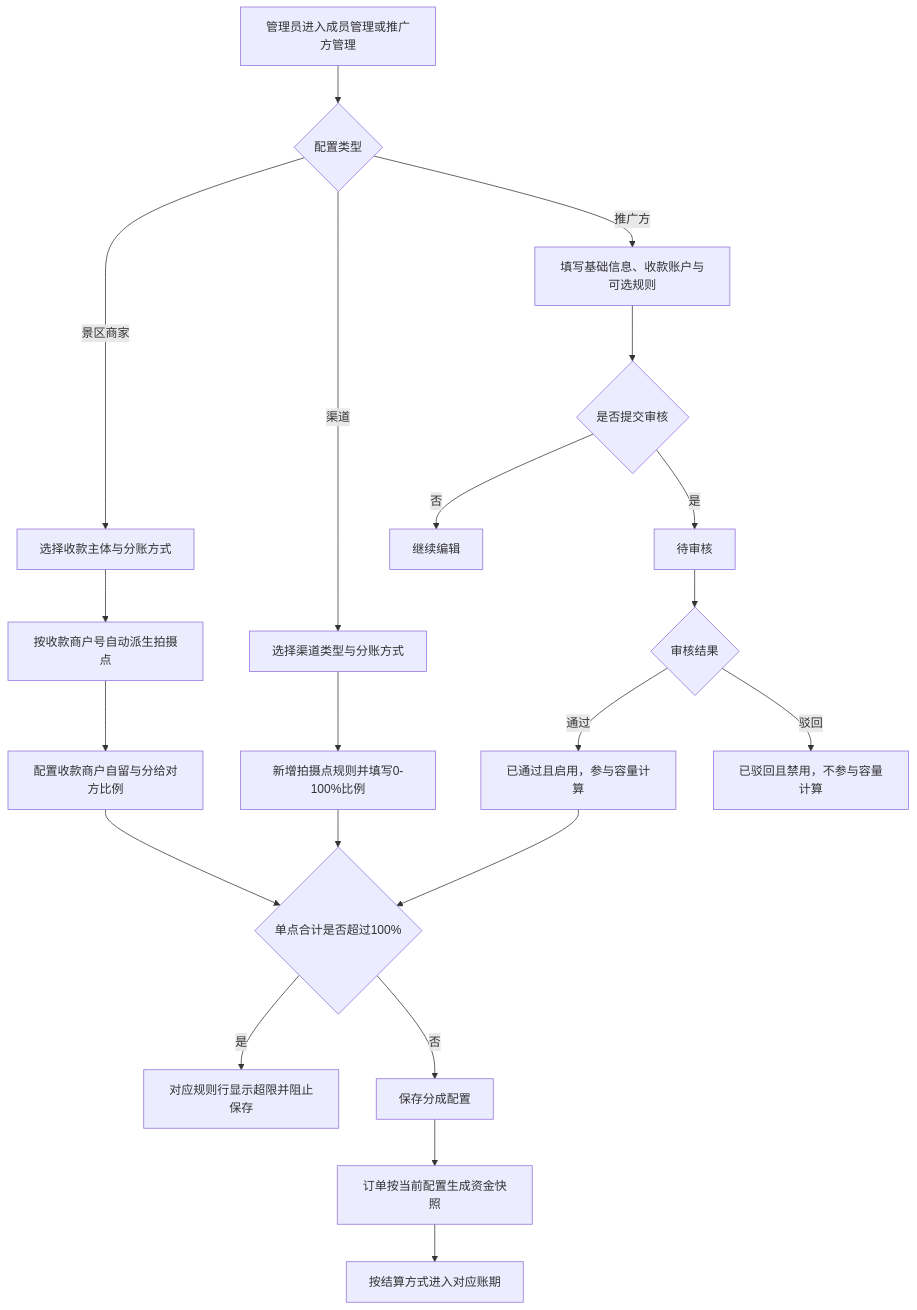
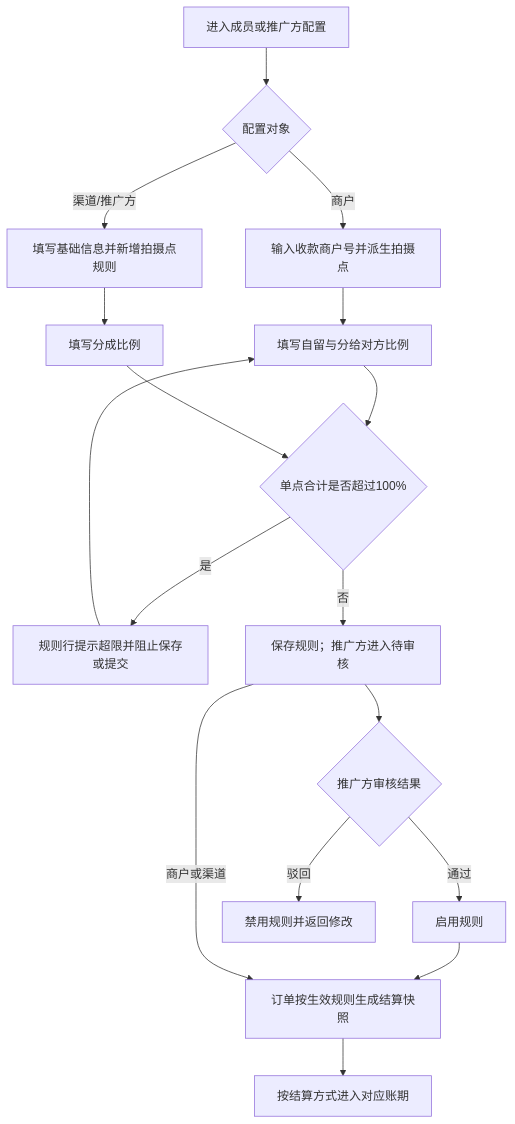
Before and after one commit to awu520119/xiaomifeng-admin: the first of 2 diagrams in docs/premium-settlement/溢价配置与结算中心-PRD-20260910.md, drawn with Mermaid. The commit also changed other lines of this file and 2 other files, not shown here.

````diff
--- a/docs/premium-settlement/溢价配置与结算中心-PRD-20260910.md
+++ b/docs/premium-settlement/溢价配置与结算中心-PRD-20260910.md
@@ -46,23 +45,19 @@
 ```mermaid
 graph TD
-    A[管理员进入成员管理或推广方管理] --> B{配置类型}
-    B -->|景区商家| C[选择收款主体与分账方式]
-    C --> D[按收款商户号自动派生拍摄点]
-    D --> E[配置收款商户自留与分给对方比例]
-    B -->|渠道| F[选择渠道类型与分账方式]
-    F --> G[新增拍摄点规则并填写0-100%比例]
-    B -->|推广方| H[填写基础信息、收款账户与可选规则]
-    H --> I{是否提交审核}
-    I -->|是| J[待审核]
-    I -->|否| K[继续编辑]
-    J --> L{审核结果}
-    L -->|通过| M[已通过且启用，参与容量计算]
-    L -->|驳回| N[已驳回且禁用，不参与容量计算]
-    E --> O{单点合计是否超过100%}
-    G --> O
-    M --> O
-    O -->|是| P[对应规则行显示超限并阻止保存]
-    O -->|否| Q[保存分成配置]
-    Q --> R[订单按当前配置生成资金快照]
-    R --> S[按结算方式进入对应账期]
+    A[进入成员或推广方配置] --> B{配置对象}
+    B -->|商户| C[输入收款商户号并派生拍摄点]
+    B -->|渠道/推广方| D[填写基础信息并新增拍摄点规则]
+    C --> E[填写自留与分给对方比例]
+    D --> F[填写分成比例]
+    E --> G{单点合计是否超过100%}
+    F --> G
+    G -->|是| H[规则行提示超限并阻止保存或提交]
+    H --> E
+    G -->|否| I[保存规则；推广方进入待审核]
+    I --> J{推广方审核结果}
+    J -->|通过| K[启用规则]
+    J -->|驳回| L[禁用规则并返回修改]
+    K --> M[订单按生效规则生成结算快照]
+    I -->|商户或渠道| M
+    M --> N[按结算方式进入对应账期]
 ```
````
